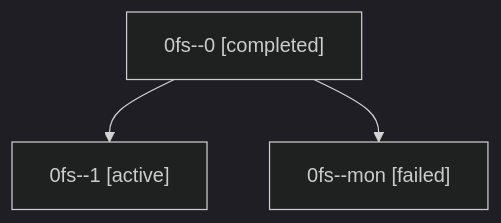
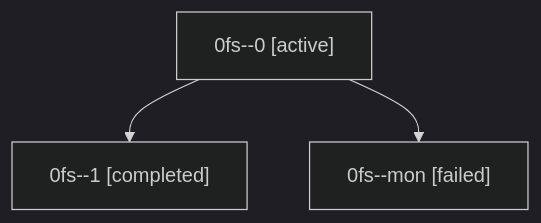
The diagram in families/bbugyi200.athena.0fs.md (sase-org/sase--agents), drawn with Mermaid (dark theme) before and after one commit. The commit also changed other lines of this file and 35830 other files, not shown here.

````diff
--- a/families/bbugyi200.athena.0fs.md
+++ b/families/bbugyi200.athena.0fs.md
@@ -9,8 +9,8 @@
 ```mermaid
 flowchart TD
-  n0["0fs--0 [completed]"]
-  n1["0fs--1 [active]"]
+  n0["0fs--0 [active]"]
+  n1["0fs--1 [completed]"]
   n0 --> n1
   n2["0fs--mon [failed]"]
   n0 --> n2
 ```
````
